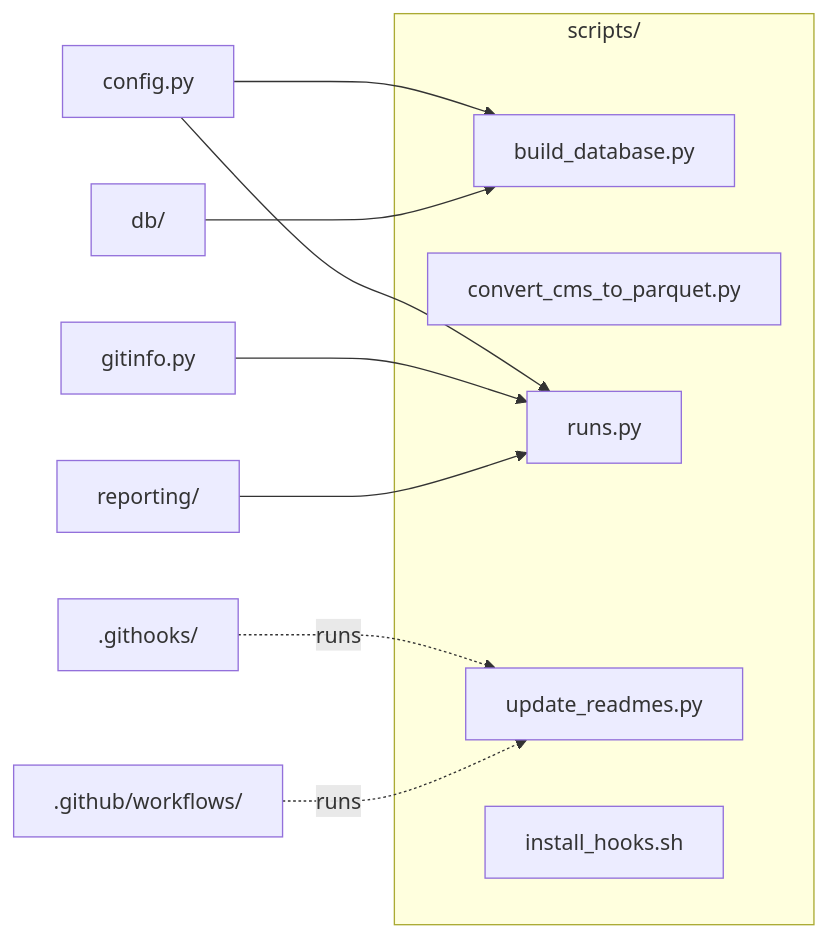
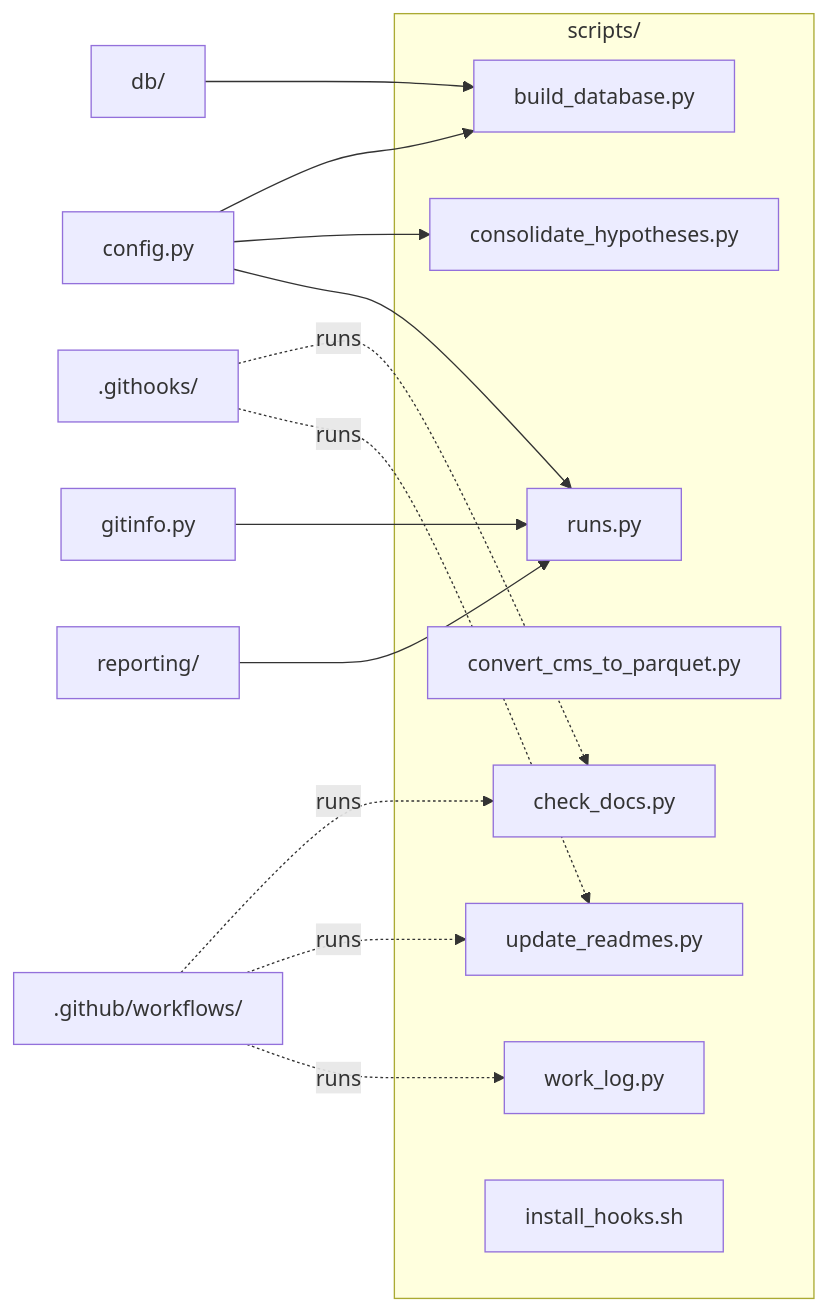
Before and after one commit to drsanjna/cardiac-imaging-medicare: the diagram in scripts/README.md, drawn with Mermaid. The commit also changed other lines of this file and 62 other files, not shown here.

````diff
--- a/scripts/README.md
+++ b/scripts/README.md
@@ -11,23 +11,30 @@
 ```mermaid
 flowchart LR
   subgraph here["scripts/"]
     n_build_database_py["build_database.py"]
+    n_check_docs_py["check_docs.py"]
+    n_consolidate_hypotheses_py["consolidate_hypotheses.py"]
     n_convert_cms_to_parquet_py["convert_cms_to_parquet.py"]
     n_runs_py["runs.py"]
     n_update_readmes_py["update_readmes.py"]
+    n_work_log_py["work_log.py"]
     n_install_hooks_sh["install_hooks.sh"]
   end
   n__githooks_[".githooks/"]
   n__github_workflows_[".github/workflows/"]
   n_config_py["config.py"]
   n_db_["db/"]
   n_gitinfo_py["gitinfo.py"]
   n_reporting_["reporting/"]
   n_config_py --> n_build_database_py
+  n_config_py --> n_consolidate_hypotheses_py
   n_config_py --> n_runs_py
   n_db_ --> n_build_database_py
   n_gitinfo_py --> n_runs_py
   n_reporting_ --> n_runs_py
+  n__githooks_ -. runs .-> n_check_docs_py
   n__githooks_ -. runs .-> n_update_readmes_py
+  n__github_workflows_ -. runs .-> n_check_docs_py
   n__github_workflows_ -. runs .-> n_update_readmes_py
+  n__github_workflows_ -. runs .-> n_work_log_py
 ```
````
